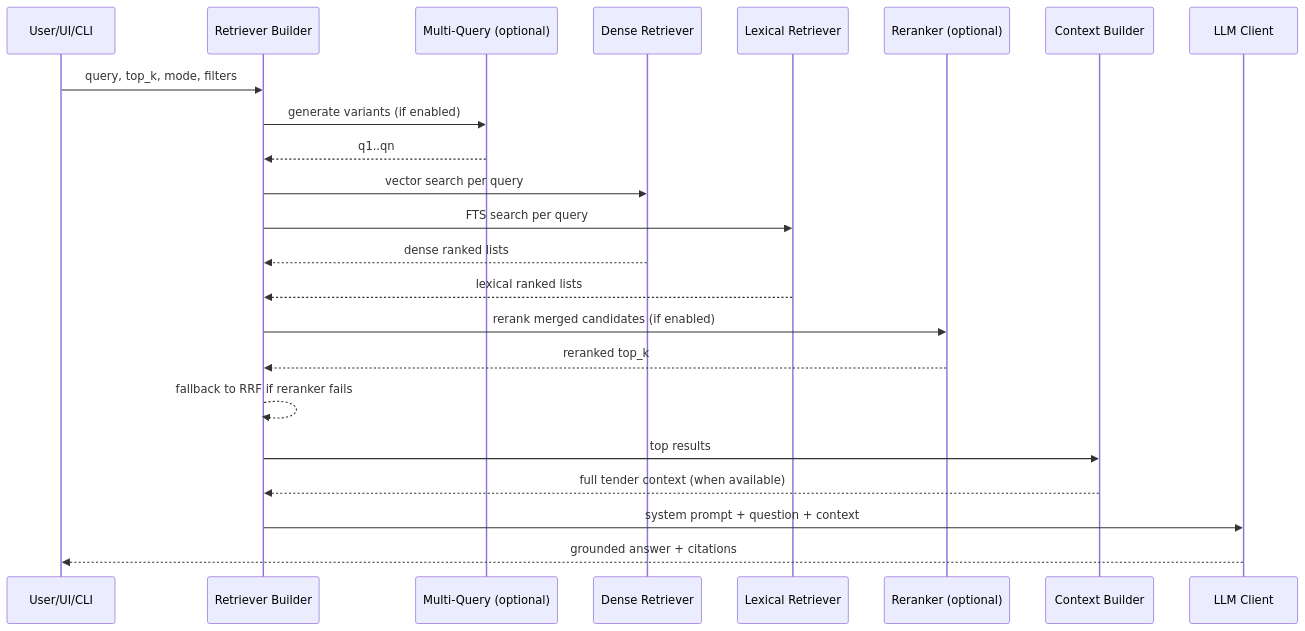
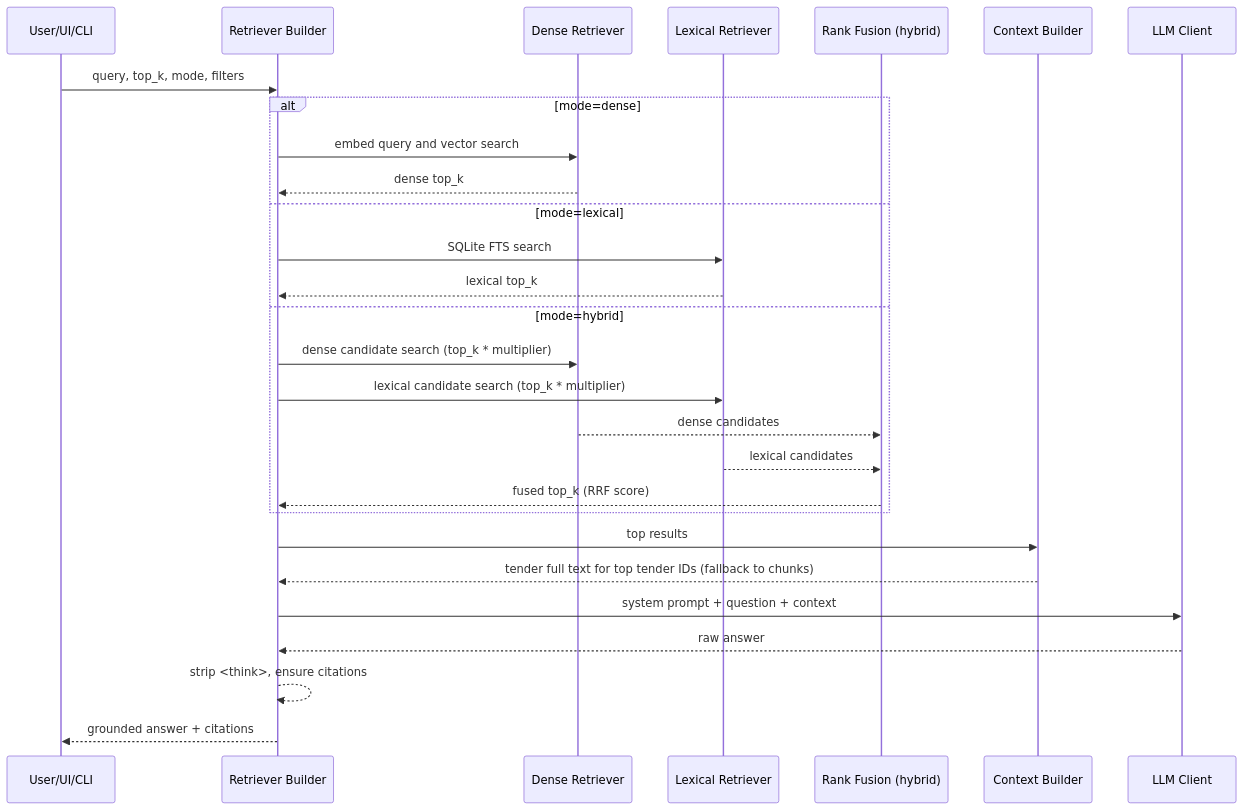
One commit to AnshumanThakur2799/RAG-FINANCE-DOCS changed the second of 3 diagrams in README.md. Above: the diagram before and after it, drawn with Mermaid. The commit also changed other lines of this file, not shown here.

Commit message:
Enhance README to reflect hybrid retrieval updates: Updated documentation to include hybrid retrieval with Reciprocal Rank Fusion (RRF) and clarified query processing steps. Improved context assembly and citation handling in answer generation. Removed references to optional multi-query and reranker features, streamlining the retrieval process description.

````diff
--- a/README.md
+++ b/README.md
@@ -70,26 +67,31 @@
 ```mermaid
 sequenceDiagram
     participant U as User/UI/CLI
     participant RB as Retriever Builder
-    participant MQ as Multi-Query (optional)
     participant DR as Dense Retriever
     participant LR as Lexical Retriever
-    participant RR as Reranker (optional)
+    participant RRF as Rank Fusion (hybrid)
     participant CTX as Context Builder
     participant LLM as LLM Client
 
     U->>RB: query, top_k, mode, filters
-    RB->>MQ: generate variants (if enabled)
-    MQ-->>RB: q1..qn
-    RB->>DR: vector search per query
-    RB->>LR: FTS search per query
-    DR-->>RB: dense ranked lists
-    LR-->>RB: lexical ranked lists
-    RB->>RR: rerank merged candidates (if enabled)
-    RR-->>RB: reranked top_k
-    RB-->>RB: fallback to RRF if reranker fails
+    alt mode=dense
+        RB->>DR: embed query and vector search
+        DR-->>RB: dense top_k
+    else mode=lexical
+        RB->>LR: SQLite FTS search
+        LR-->>RB: lexical top_k
+    else mode=hybrid
+        RB->>DR: dense candidate search (top_k * multiplier)
+        RB->>LR: lexical candidate search (top_k * multiplier)
+        DR-->>RRF: dense candidates
+        LR-->>RRF: lexical candidates
+        RRF-->>RB: fused top_k (RRF score)
+    end
     RB->>CTX: top results
-    CTX-->>RB: full tender context (when available)
+    CTX-->>RB: tender full text for top tender IDs (fallback to chunks)
     RB->>LLM: system prompt + question + context
-    LLM-->>U: grounded answer + citations
+    LLM-->>RB: raw answer
+    RB-->>RB: strip <think>, ensure citations
+    RB-->>U: grounded answer + citations
 ```
````
